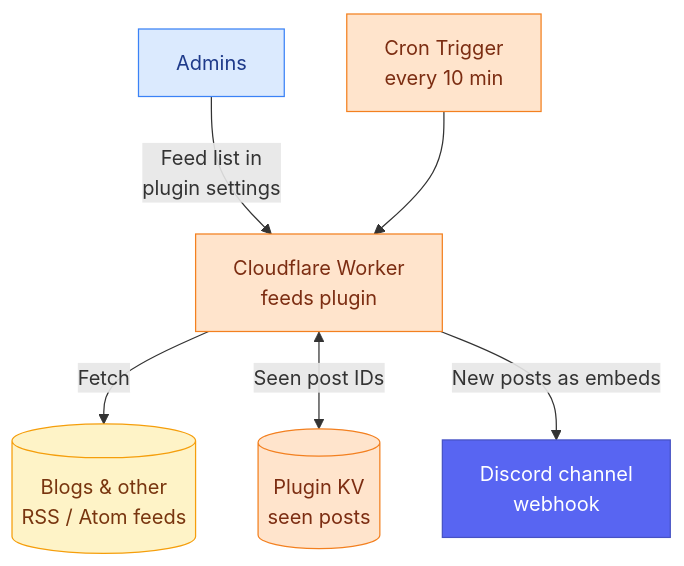
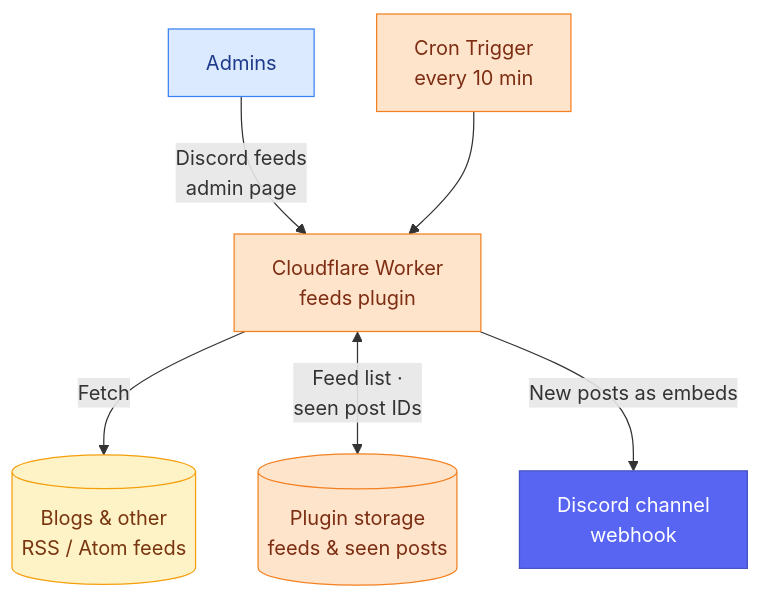
The second of 2 diagrams in worker/README.md (inovus-labs/kiosk.inovuslabs.org), drawn with Mermaid before and after one commit. The commit also changed other lines of this file and 3 other files, not shown here.

Commit message:
feat(worker): manage Discord feeds from an admin table page

````diff
--- a/worker/README.md
+++ b/worker/README.md
@@ -96,25 +96,25 @@
 ```mermaid
 flowchart TD
     %% ── Sources ─────────────────────────────────
     U[Admins]:::user
     F[(Blogs & other<br/>RSS / Atom feeds)]:::source
 
     %% ── Worker ──────────────────────────────────
     CR[Cron Trigger<br/>every 10 min]:::cf
     W[Cloudflare Worker<br/>feeds plugin]:::cf
-    KV[(Plugin KV<br/>seen posts)]:::cf
+    KV[(Plugin storage<br/>feeds & seen posts)]:::cf
 
     %% ── Delivery ────────────────────────────────
     D[Discord channel<br/>webhook]:::discord
 
-    U -->|Feed list in<br/>plugin settings| W
+    U -->|Discord feeds<br/>admin page| W
     CR --> W
     W -->|Fetch| F
-    W <-->|Seen post IDs| KV
+    W <-->|Feed list ·<br/>seen post IDs| KV
     W -->|New posts as embeds| D
 
     classDef user    fill:#DBEAFE,stroke:#3B82F6,color:#1E3A8A;
     classDef source  fill:#FEF3C7,stroke:#F59E0B,color:#78350F;
     classDef cf      fill:#FFE4CC,stroke:#F38020,color:#7C2D12;
     classDef discord fill:#5865F2,stroke:#4752C4,color:#FFFFFF;
 ```
````
